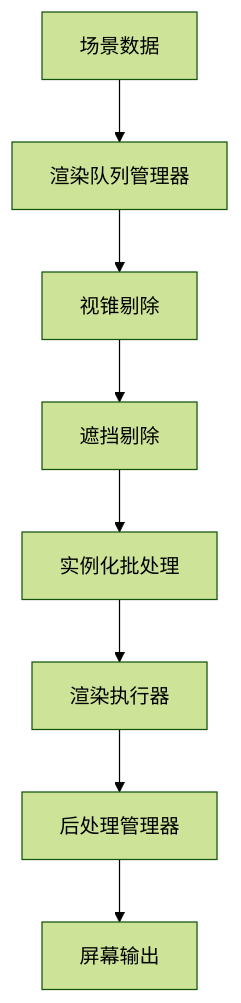
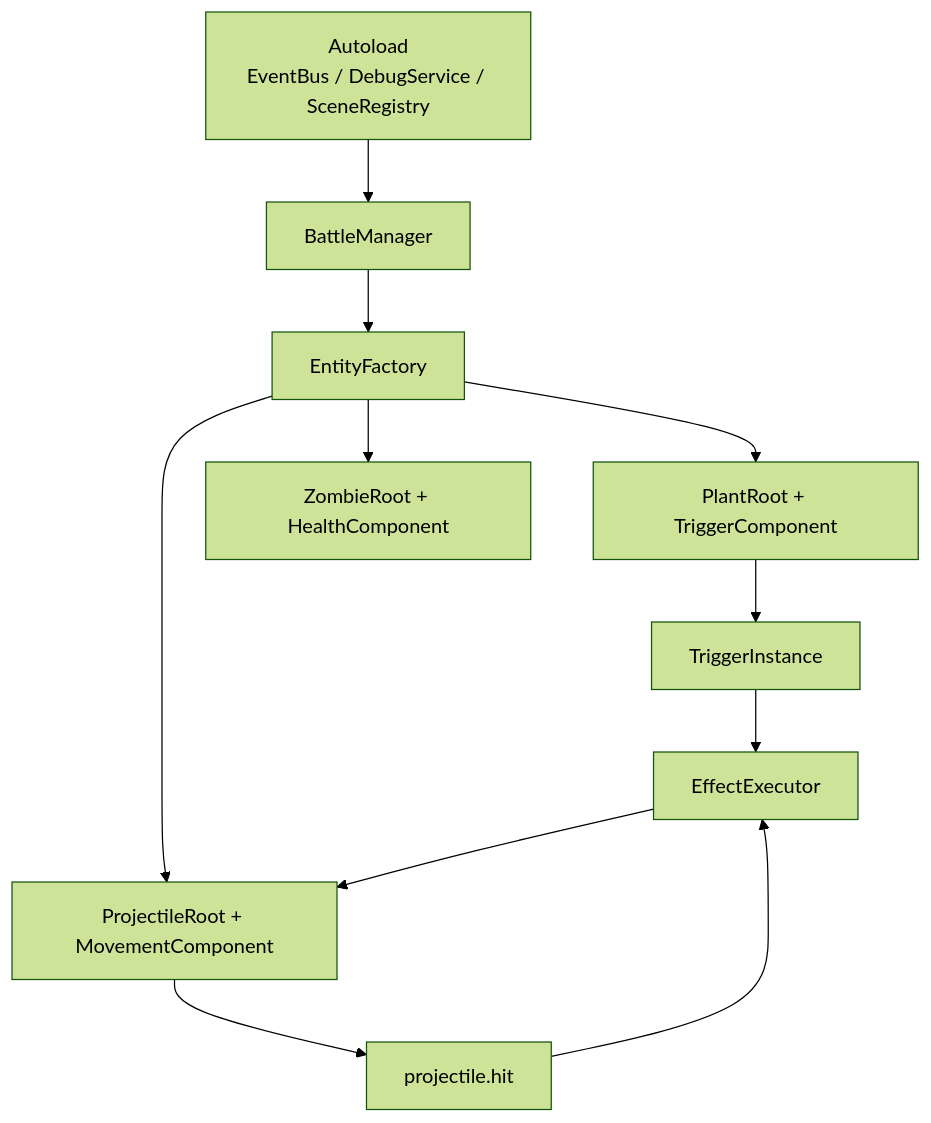
Before and after one commit to Abgetrennter/open_pvz: the second of 2 diagrams in wiki/00-核心架构总览.md, drawn with Mermaid (forest theme). The commit also changed other lines of this file and 25 other files, not shown here.

Commit message:
Refocus project docs on the PVZ-like engine roadmap

````diff
--- a/wiki/00-核心架构总览.md
+++ b/wiki/00-核心架构总览.md
@@ -253,10 +173,13 @@
 ```mermaid
-graph TB
-    A[场景数据] --> B[渲染队列管理器]
-    B --> C[视锥剔除]
-    C --> D[遮挡剔除]
-    D --> E[实例化批处理]
-    E --> F[渲染执行器]
-    F --> G[后处理管理器]
-    G --> H[屏幕输出]
+graph TD
+    A["Autoload<br/>EventBus / DebugService / SceneRegistry"] --> B["BattleManager"]
+    B --> C["EntityFactory"]
+    C --> D["PlantRoot + TriggerComponent"]
+    C --> E["ZombieRoot + HealthComponent"]
+    C --> F["ProjectileRoot + MovementComponent"]
+    D --> G["TriggerInstance"]
+    G --> H["EffectExecutor"]
+    H --> F
+    F --> I["projectile.hit"]
+    I --> H
 ```
````
